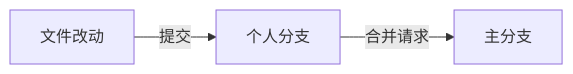
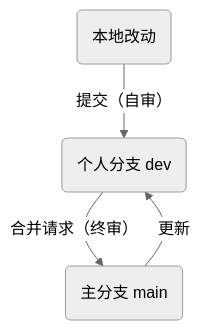
The second of 2 diagrams in notes/git.md (OmooLab/omoolab), drawn with Mermaid before and after one commit. The commit also changed other lines of this file and 2 other files, not shown here.

````diff
--- a/notes/git.md
+++ b/notes/git.md
@@ -14,4 +42,14 @@
 ```mermaid
-flowchart LR
-  文件改动 -- 提交 --> 个人分支 -- 合并请求 --> 主分支
+---
+config: 
+  theme: neutral
+---
+flowchart TD
+  changes(本地改动)
+  dev(个人分支 dev)
+  main(主分支 main)
+  changes -- 提交（自审） --> dev
+  dev -- 合并请求（终审） --> main
+  main -- 更新 --> dev
+  
 ```
````
